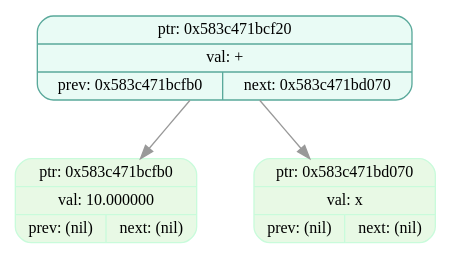
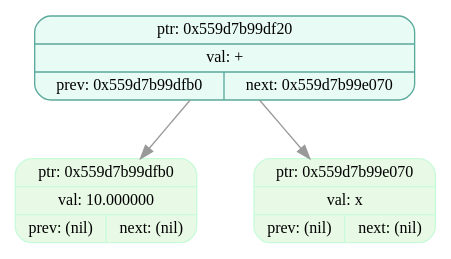
Before and after one commit to EvilTomato9890/Difference: the diagram in dumps/tree_dump_002.dot, drawn with Graphviz. The commit also changed 36 other files, not shown here.

```diff
--- a/dumps/tree_dump_002.dot
+++ b/dumps/tree_dump_002.dot
@@ -1,9 +1,9 @@
 digraph T{
   node [fontname="Fira Mono",shape=record,style="filled,rounded",fontsize=12];
   graph [splines=true, nodesep=0.6, ranksep=0.6];
-  node_0x583c471bcf20[shape=record,label="{ {ptr: 0x583c471bcf20} | {val: +} | { prev: 0x583c471bcfb0 | next: 0x583c471bd070 } }",color="#5aa99b",fillcolor="#e9fbf5"];
-  node_0x583c471bcfb0[shape=record,label="{ {ptr: 0x583c471bcfb0} | {val: 10.000000} | { prev: (nil) | next: (nil) } }",color="#c9fbdbff",fillcolor="#e8f9e5ff"];
-  node_0x583c471bd070[shape=record,label="{ {ptr: 0x583c471bd070} | {val: x} | { prev: (nil) | next: (nil) } }",color="#c9fbdbff",fillcolor="#e8f9e5ff"];
-  node_0x583c471bcf20 -> node_0x583c471bcfb0 [color="#999999"];
-  node_0x583c471bcf20 -> node_0x583c471bd070 [color="#999999"];
+  node_0x559d7b99df20[shape=record,label="{ {ptr: 0x559d7b99df20} | {val: +} | { prev: 0x559d7b99dfb0 | next: 0x559d7b99e070 } }",color="#5aa99b",fillcolor="#e9fbf5"];
+  node_0x559d7b99dfb0[shape=record,label="{ {ptr: 0x559d7b99dfb0} | {val: 10.000000} | { prev: (nil) | next: (nil) } }",color="#c9fbdbff",fillcolor="#e8f9e5ff"];
+  node_0x559d7b99e070[shape=record,label="{ {ptr: 0x559d7b99e070} | {val: x} | { prev: (nil) | next: (nil) } }",color="#c9fbdbff",fillcolor="#e8f9e5ff"];
+  node_0x559d7b99df20 -> node_0x559d7b99dfb0 [color="#999999"];
+  node_0x559d7b99df20 -> node_0x559d7b99e070 [color="#999999"];
 }
```
